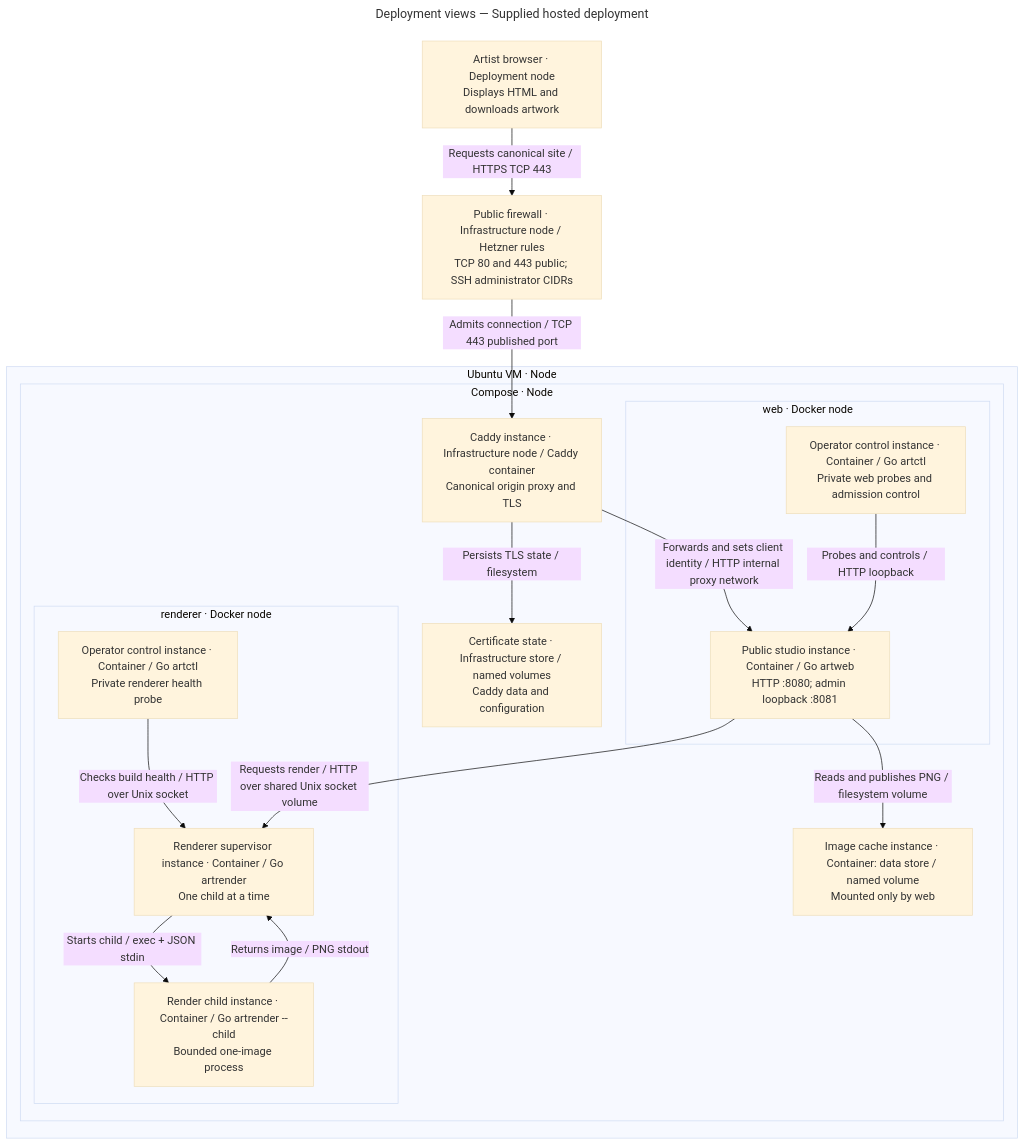
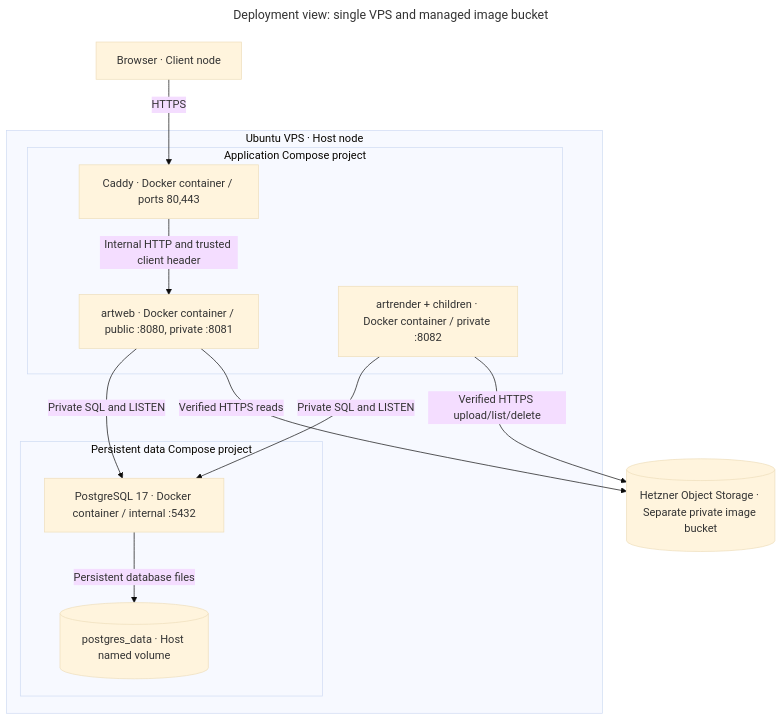
The diagram in docs/architecture/deployment.md (jaminalder/go-graphics), drawn with Mermaid (base theme) before and after one commit. The commit also changed other lines of this file and 91 other files, not shown here.

Commit message:
Add PostgreSQL persistence, River rendering and S3 image storage

````diff
--- a/docs/architecture/deployment.md
+++ b/docs/architecture/deployment.md
@@ -33,34 +5,26 @@
 ```mermaid
 ---
-title: "Deployment views — Supplied hosted deployment"
+title: "Deployment view: single VPS and managed image bucket"
 ---
 flowchart TB
-    browser["Artist browser · Deployment node<br/>Displays HTML and downloads artwork"]
-    perimeter["Public firewall · Infrastructure node / Hetzner rules<br/>TCP 80 and 443 public; SSH administrator CIDRs"]
-    subgraph host["Ubuntu VM · Node"]
-        subgraph docker["Compose · Node"]
-            edge["Caddy instance · Infrastructure node / Caddy container<br/>Canonical origin proxy and TLS"]
-            subgraph webnode["web · Docker node"]
-                ctlweb["Operator control instance · Container / Go artctl<br/>Private web probes and admission control"]
-                web["Public studio instance · Container / Go artweb<br/>HTTP :8080; admin loopback :8081"]
-            end
-            subgraph rendernode["renderer · Docker node"]
-                ctlrender["Operator control instance · Container / Go artctl<br/>Private renderer health probe"]
-                supervisor["Renderer supervisor instance · Container / Go artrender<br/>One child at a time"]
-                child["Render child instance · Container / Go artrender --child<br/>Bounded one-image process"]
-            end
-            cache["Image cache instance · Container: data store / named volume<br/>Mounted only by web"]
-            tls["Certificate state · Infrastructure store / named volumes<br/>Caddy data and configuration"]
+    browser["Browser · Client node"]
+    subgraph host["Ubuntu VPS · Host node"]
+        subgraph app["Application Compose project"]
+            edge["Caddy · Docker container / ports 80,443"]
+            web["artweb · Docker container / public :8080, private :8081"]
+            renderer["artrender + children · Docker container / private :8082"]
+        end
+        subgraph data["Persistent data Compose project"]
+            postgres["PostgreSQL 17 · Docker container / internal :5432"]
+            volume[("postgres_data · Host named volume")]
         end
     end
-    browser -->|Requests canonical site / HTTPS TCP 443| perimeter
-    perimeter -->|Admits connection / TCP 443 published port| edge
-    edge -->|Forwards and sets client identity / HTTP internal proxy network| web
-    edge -->|Persists TLS state / filesystem| tls
-    ctlweb -->|Probes and controls / HTTP loopback| web
-    ctlrender -->|Checks build health / HTTP over Unix socket| supervisor
-    web -->|Requests render / HTTP over shared Unix socket volume| supervisor
-    supervisor -->|Starts child / exec + JSON stdin| child
-    child -->|Returns image / PNG stdout| supervisor
-    web -->|Reads and publishes PNG / filesystem volume| cache
+    bucket[("Hetzner Object Storage · Separate private image bucket")]
+    browser -->|HTTPS| edge
+    edge -->|Internal HTTP and trusted client header| web
+    web -->|Private SQL and LISTEN| postgres
+    renderer -->|Private SQL and LISTEN| postgres
+    postgres -->|Persistent database files| volume
+    renderer -->|Verified HTTPS upload/list/delete| bucket
+    web -->|Verified HTTPS reads| bucket
 ```
````
